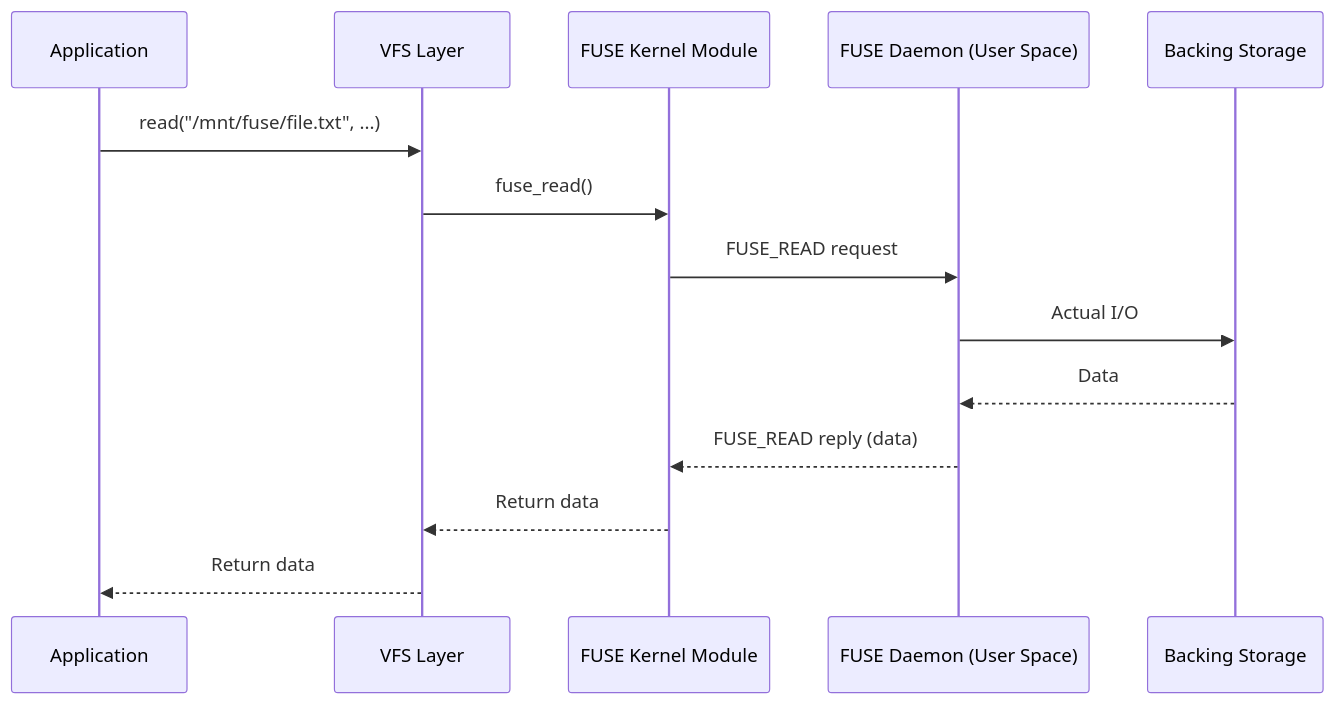
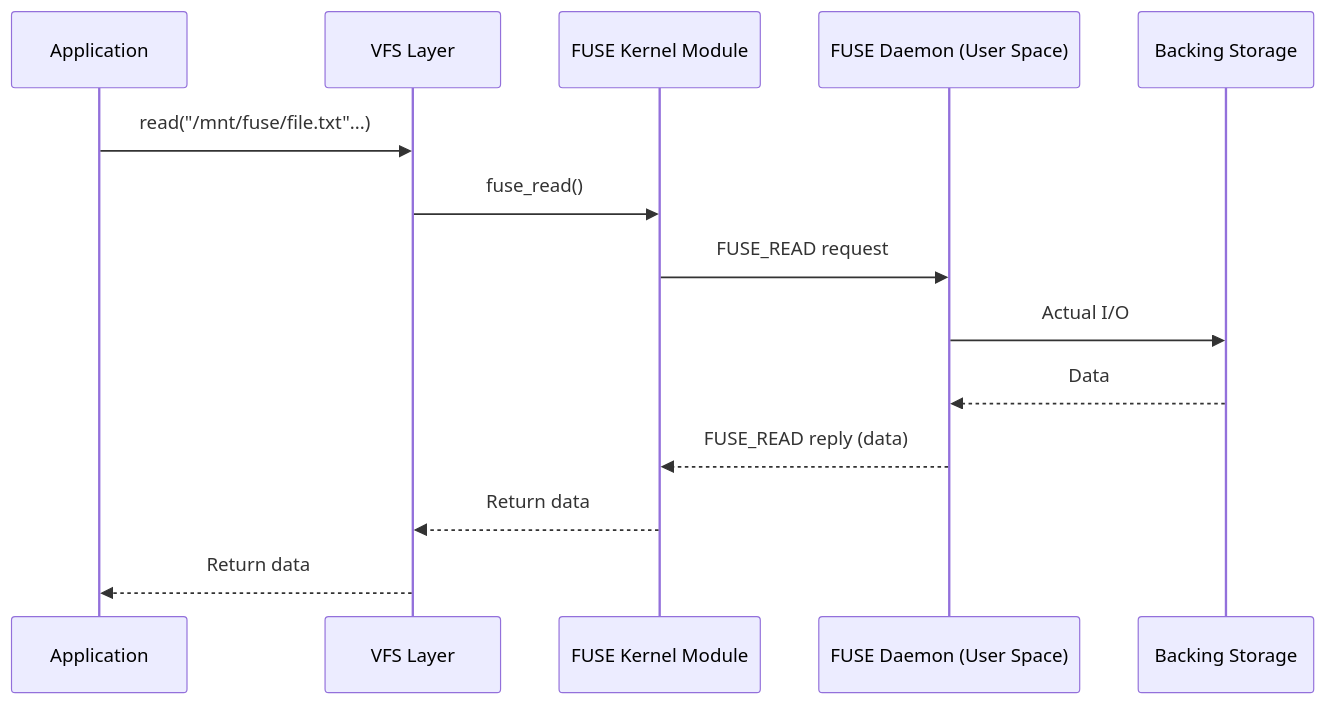
The second of 2 diagrams in sites/linux/src/content/docs/02-file-systems/filesystems-and-mounting.md (WyattAu/starlight-sites), drawn with Mermaid before and after one commit. The commit also changed other lines of this file and 3460 other files, not shown here.

````diff
--- a/sites/linux/src/content/docs/02-file-systems/filesystems-and-mounting.md
+++ b/sites/linux/src/content/docs/02-file-systems/filesystems-and-mounting.md
@@ -455,17 +455,17 @@
 ```mermaid
 sequenceDiagram
     participant App as Application
     participant VFS as VFS Layer
     participant Kernel as FUSE Kernel Module
     participant Daemon as FUSE Daemon (User Space)
     participant Storage as Backing Storage
 
-    App->>VFS: read("/mnt/fuse/file.txt", ...)
+    App->>VFS: read("/mnt/fuse/file.txt"...)
     VFS->>Kernel: fuse_read()
     Kernel->>Daemon: FUSE_READ request
     Daemon->>Storage: Actual I/O
     Storage-->>Daemon: Data
     Daemon-->>Kernel: FUSE_READ reply (data)
     Kernel-->>VFS: Return data
     VFS-->>App: Return data
 ```
````
